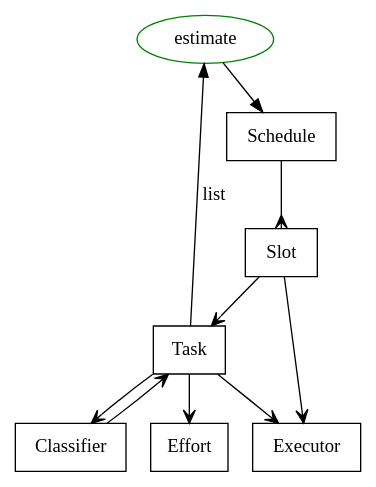
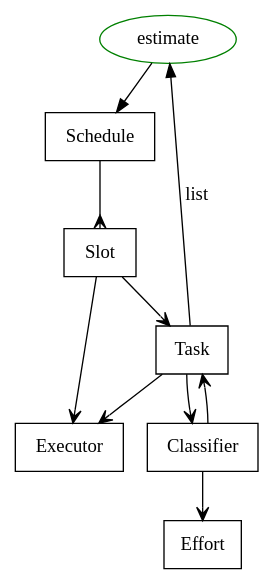
Before and after one commit to knowark/estimark: the diagram in docs/architecture/domain.rst, drawn with Graphviz.

Commit message:
Fix domain diagram

```diff
--- a/docs/architecture/domain.rst
+++ b/docs/architecture/domain.rst
@@ -5,37 +5,37 @@
 .. graphviz::
 
    digraph {
 
     // Processes
     ////////////
 
     estimate [color=green]
    
     // Objects
     //////////
 
     Task [shape=box]
     Classifier [shape=box]
     Effort [shape=box]
     Executor [shape=box]
     Schedule [shape=box]
     Slot [shape=box]
 
     // Relations
     ////////////
 
     Task -> estimate [label=list]
     
     estimate -> Schedule
 
     Task -> Executor [arrowhead=vee]
-    Task -> Effort [arrowhead=vee]
+    Classifier -> Effort [arrowhead=vee]
     Schedule -> Slot [arrowhead=crow]
 
     Slot -> Task [arrowhead=vee]
     Slot -> Executor [arrowhead=vee]
 
     Task -> Classifier [arrowhead=vee]
     Classifier -> Task [arrowhead=vee]
 
     }
```
